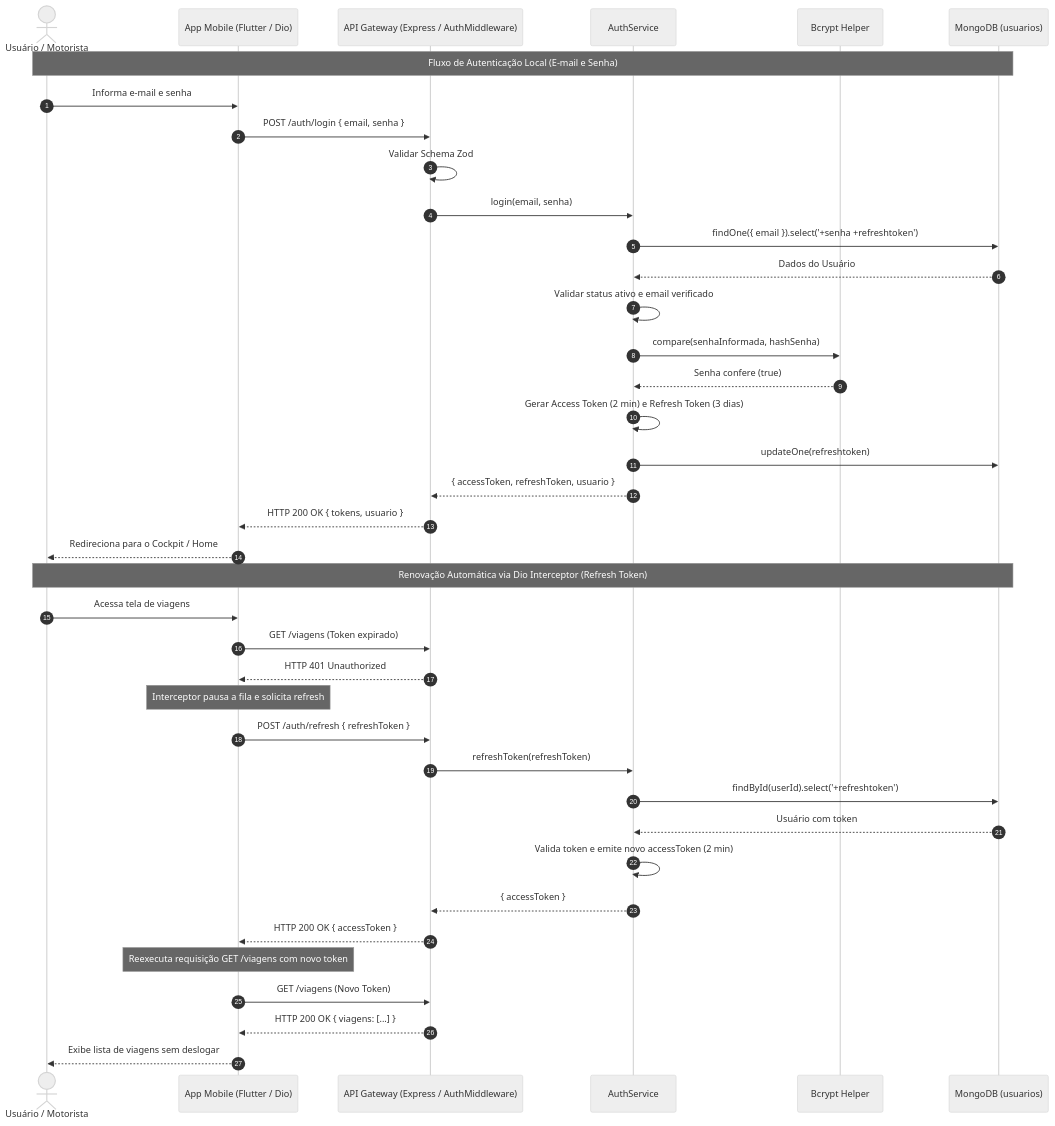
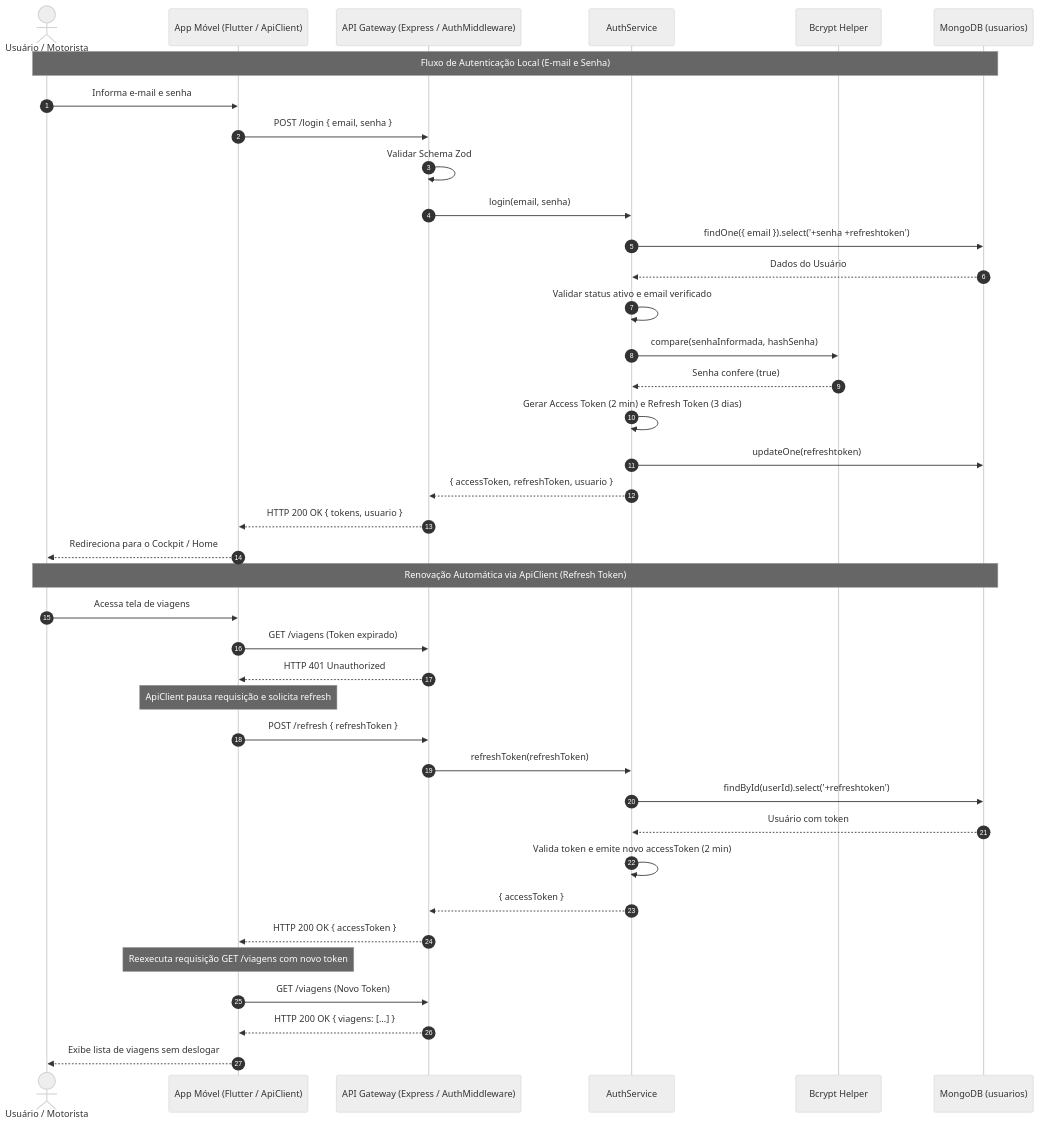
One commit to Luisdevux/RotaRDV-API changed the diagram in documentacao/diagramas/sequencia/sequencia_autenticacao_e_refresh.mmd. Above: the diagram before and after it, drawn with Mermaid (neutral theme). The commit also changed 19 other files, not shown here.

Commit message:
docs(Diagrmas): Corrige alguns pontos nos diagramas para refletir corretamente a implementação

```diff
--- a/documentacao/diagramas/sequencia/sequencia_autenticacao_e_refresh.mmd
+++ b/documentacao/diagramas/sequencia/sequencia_autenticacao_e_refresh.mmd
@@ -1,41 +1,41 @@
 sequenceDiagram
     autonumber
     actor User as Usuário / Motorista
-    participant Client as App Mobile (Flutter / Dio)
+    participant Client as App Móvel (Flutter / ApiClient)
     participant Gateway as API Gateway (Express / AuthMiddleware)
     participant Service as AuthService
     participant Bcrypt as Bcrypt Helper
     participant DB as MongoDB (usuarios)
 
     Note over User, DB: Fluxo de Autenticação Local (E-mail e Senha)
     User->>Client: Informa e-mail e senha
-    Client->>Gateway: POST /auth/login { email, senha }
+    Client->>Gateway: POST /login { email, senha }
     Gateway->>Gateway: Validar Schema Zod
     Gateway->>Service: login(email, senha)
     Service->>DB: findOne({ email }).select('+senha +refreshtoken')
     DB-->>Service: Dados do Usuário
     Service->>Service: Validar status ativo e email verificado
     Service->>Bcrypt: compare(senhaInformada, hashSenha)
     Bcrypt-->>Service: Senha confere (true)
     Service->>Service: Gerar Access Token (2 min) e Refresh Token (3 dias)
     Service->>DB: updateOne(refreshtoken)
     Service-->>Gateway: { accessToken, refreshToken, usuario }
     Gateway-->>Client: HTTP 200 OK { tokens, usuario }
     Client-->>User: Redireciona para o Cockpit / Home
 
-    Note over User, DB: Renovação Automática via Dio Interceptor (Refresh Token)
+    Note over User, DB: Renovação Automática via ApiClient (Refresh Token)
     User->>Client: Acessa tela de viagens
     Client->>Gateway: GET /viagens (Token expirado)
     Gateway-->>Client: HTTP 401 Unauthorized
-    Note over Client: Interceptor pausa a fila e solicita refresh
-    Client->>Gateway: POST /auth/refresh { refreshToken }
+    Note over Client: ApiClient pausa requisição e solicita refresh
+    Client->>Gateway: POST /refresh { refreshToken }
     Gateway->>Service: refreshToken(refreshToken)
     Service->>DB: findById(userId).select('+refreshtoken')
     DB-->>Service: Usuário com token
     Service->>Service: Valida token e emite novo accessToken (2 min)
     Service-->>Gateway: { accessToken }
     Gateway-->>Client: HTTP 200 OK { accessToken }
     Note over Client: Reexecuta requisição GET /viagens com novo token
     Client->>Gateway: GET /viagens (Novo Token)
     Gateway-->>Client: HTTP 200 OK { viagens: [...] }
     Client-->>User: Exibe lista de viagens sem deslogar
```
